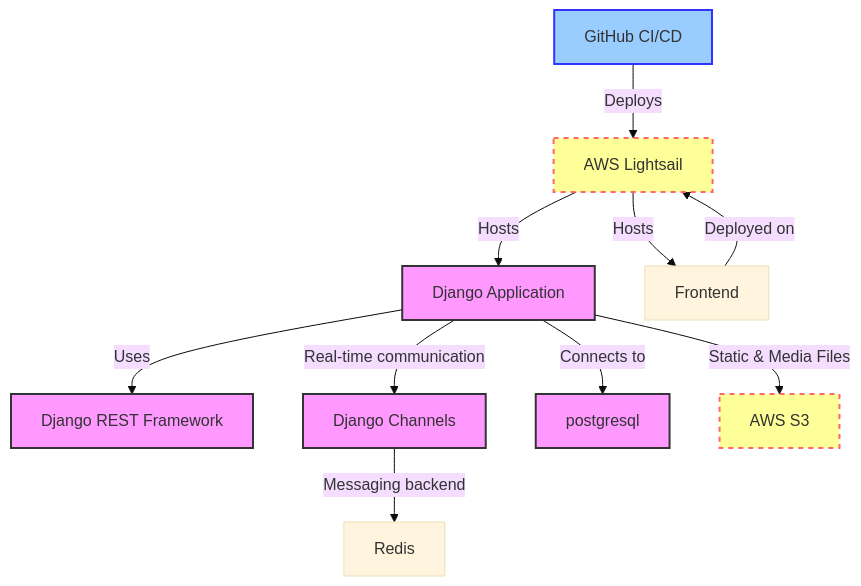
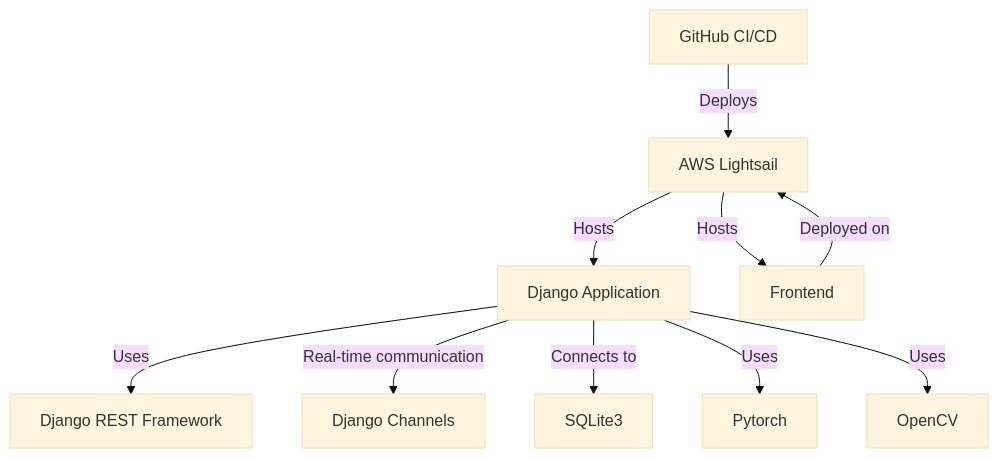
The third of 6 diagrams in README.md (PP-ENTER/PP-ENTER-BE), drawn with Mermaid (base theme) before and after one commit. The commit also changed other lines of this file, not shown here.

Commit message:
DOCS : Architecture

````diff
--- a/README.md
+++ b/README.md
@@ -445,21 +444,18 @@
 ```mermaid
 graph TD;
     CI[GitHub CI/CD] -->|Deploys| LS[AWS Lightsail];
     A[Django Application] -->|Uses| DRF[Django REST Framework];
     A -->|Real-time communication| C[Django Channels];
-    C -->|Messaging backend| R[Redis];
-    A -->|Connects to| DB[postgresql];
-    A -->|Static & Media Files| S3[AWS S3];
+    A -->|Connects to| DB[SQLite3];
+    A -->|Uses| TF[Pytorch];
+    A -->|Uses| CV[OpenCV];
     FE[Frontend] -->|Deployed on| LS;
     LS -->|Hosts| A;
     LS -->|Hosts| FE;
 
     classDef framework fill:#f9f,stroke:#333,stroke-width:2px;
     classDef aws fill:#ff9,stroke:#f66,stroke-width:2px,stroke-dasharray: 5, 5;
     classDef ci fill:#9cf,stroke:#33f,stroke-width:2px;
-    
-    class A,DRF,C,DB framework;
-    class LS,S3 aws;
-    class CI ci;
+    classDef library fill:#9f9,stroke:#090,stroke-width:2px;
 
 ```
````
